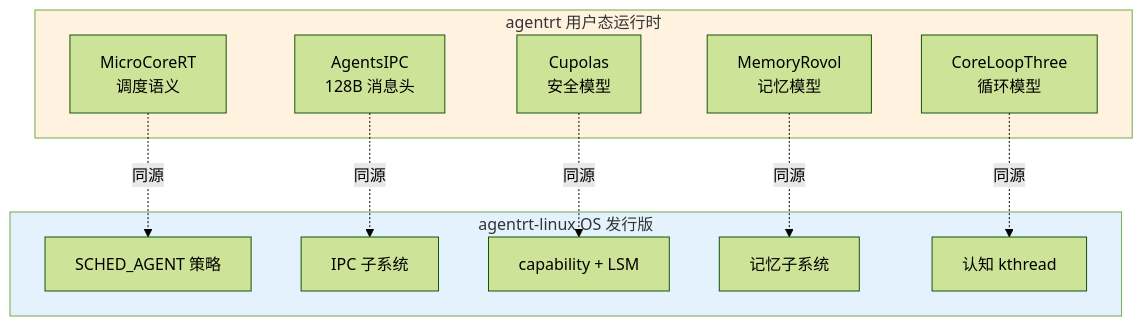
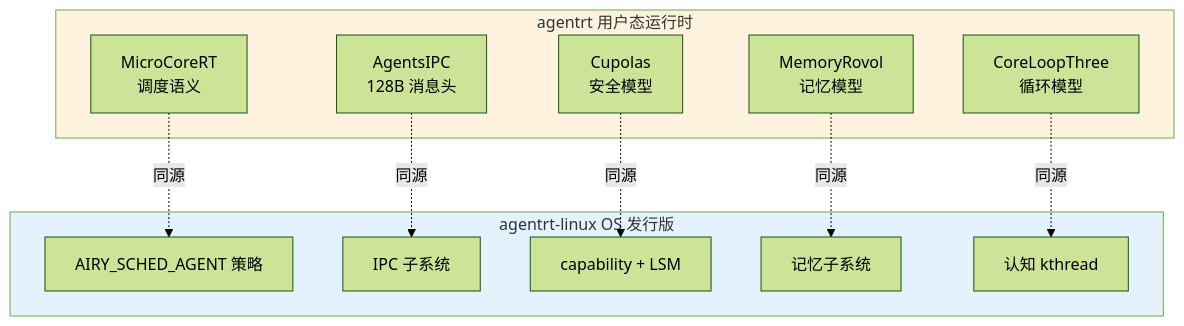
The second of 2 diagrams in AirymaxOS/130-roadmap/01-development-strategy.md (openairymax/docs), drawn with Mermaid (forest theme) before and after one commit. The commit also changed other lines of this file and 115 other files, not shown here.

````diff
--- a/AirymaxOS/130-roadmap/01-development-strategy.md
+++ b/AirymaxOS/130-roadmap/01-development-strategy.md
@@ -314,24 +314,24 @@
 ```mermaid
 graph TB
     subgraph agentrt[agentrt 用户态运行时]
         A1[MicroCoreRT<br/>调度语义]
         A2[AgentsIPC<br/>128B 消息头]
         A3[Cupolas<br/>安全模型]
         A4[MemoryRovol<br/>记忆模型]
         A5[CoreLoopThree<br/>循环模型]
     end
     subgraph agentrt-linux[agentrt-linux OS 发行版]
-        O1[SCHED_AGENT 策略]
+        O1[AIRY_SCHED_AGENT 策略]
         O2[IPC 子系统]
         O3[capability + LSM]
         O4[记忆子系统]
         O5[认知 kthread]
     end
     A1 -.同源.-> O1
     A2 -.同源.-> O2
     A3 -.同源.-> O3
     A4 -.同源.-> O4
     A5 -.同源.-> O5
     style agentrt fill:#fff3e0
     style agentrt-linux fill:#e3f2fd
 ```
````
